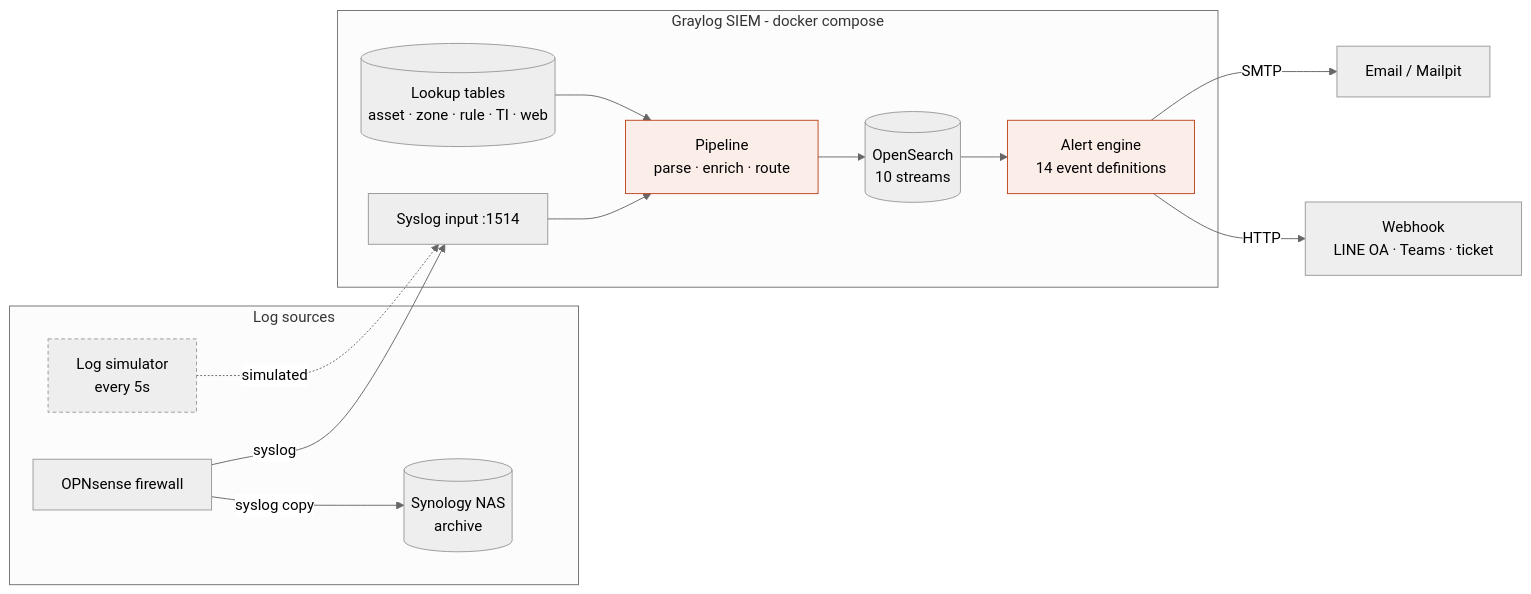
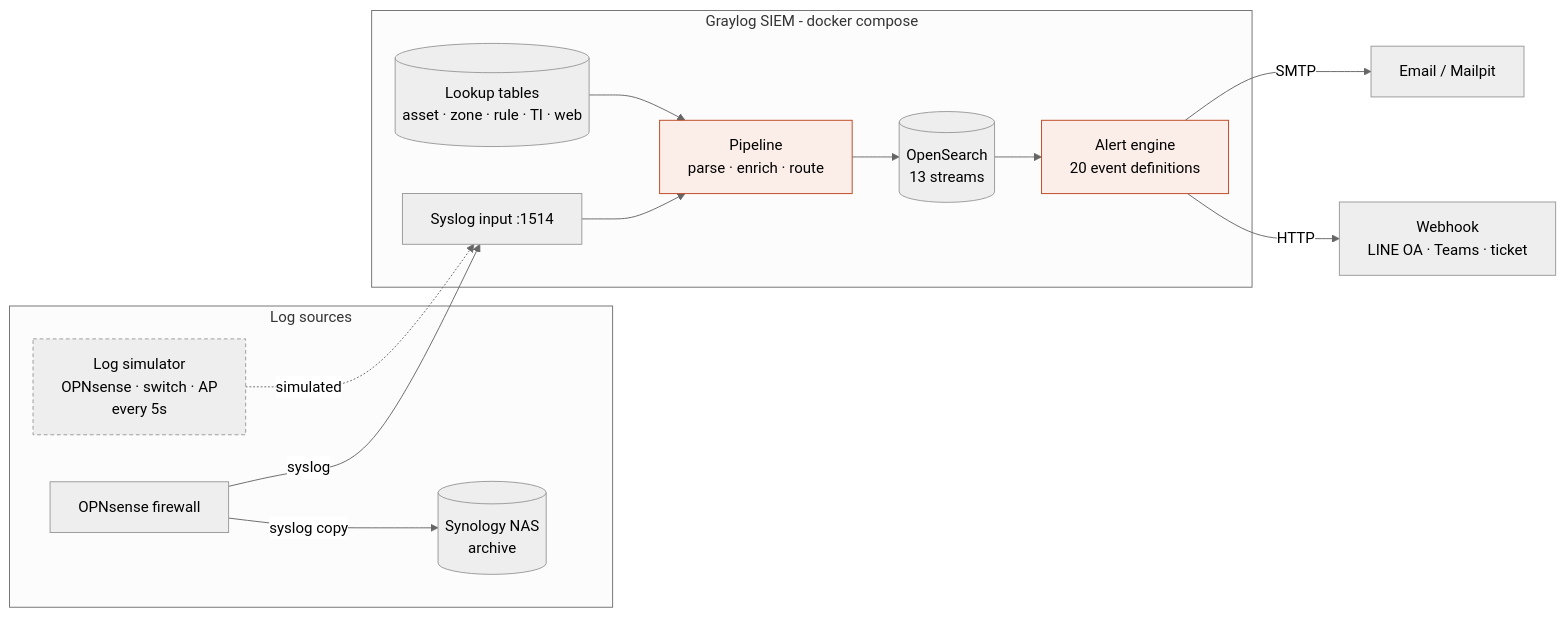
One commit to Rabcat-dome/siem-poc changed the diagram in README.md. Above: the diagram before and after it, drawn with Mermaid (neutral theme). The commit also changed other lines of this file and 37 other files, not shown here.

````diff
--- a/README.md
+++ b/README.md
@@ -9,24 +9,24 @@
 ```mermaid
 flowchart LR
   subgraph SRC[Log sources]
     FW[OPNsense firewall]
-    SIM[Log simulator<br/>every 5s]:::poc
+    SIM[Log simulator<br/>OPNsense · switch · AP<br/>every 5s]:::poc
     NAS[(Synology NAS<br/>archive)]
   end
   subgraph GL[Graylog SIEM - docker compose]
     IN[Syslog input :1514]
     PIPE[Pipeline<br/>parse · enrich · route]:::focal
     LUT[(Lookup tables<br/>asset · zone · rule · TI · web)]
-    OS[(OpenSearch<br/>10 streams)]
-    AL[Alert engine<br/>14 event definitions]:::focal
+    OS[(OpenSearch<br/>13 streams)]
+    AL[Alert engine<br/>20 event definitions]:::focal
   end
   FW -- syslog --> IN
   FW -- syslog copy --> NAS
   SIM -. simulated .-> IN
   IN --> PIPE --> OS --> AL
   LUT --> PIPE
   AL -- SMTP --> MAIL[Email / Mailpit]
   AL -- HTTP --> HOOK[Webhook<br/>LINE OA · Teams · ticket]
   classDef focal fill:#fbeee9,stroke:#bf4520
   classDef poc stroke-dasharray: 4 3
 ```
````
